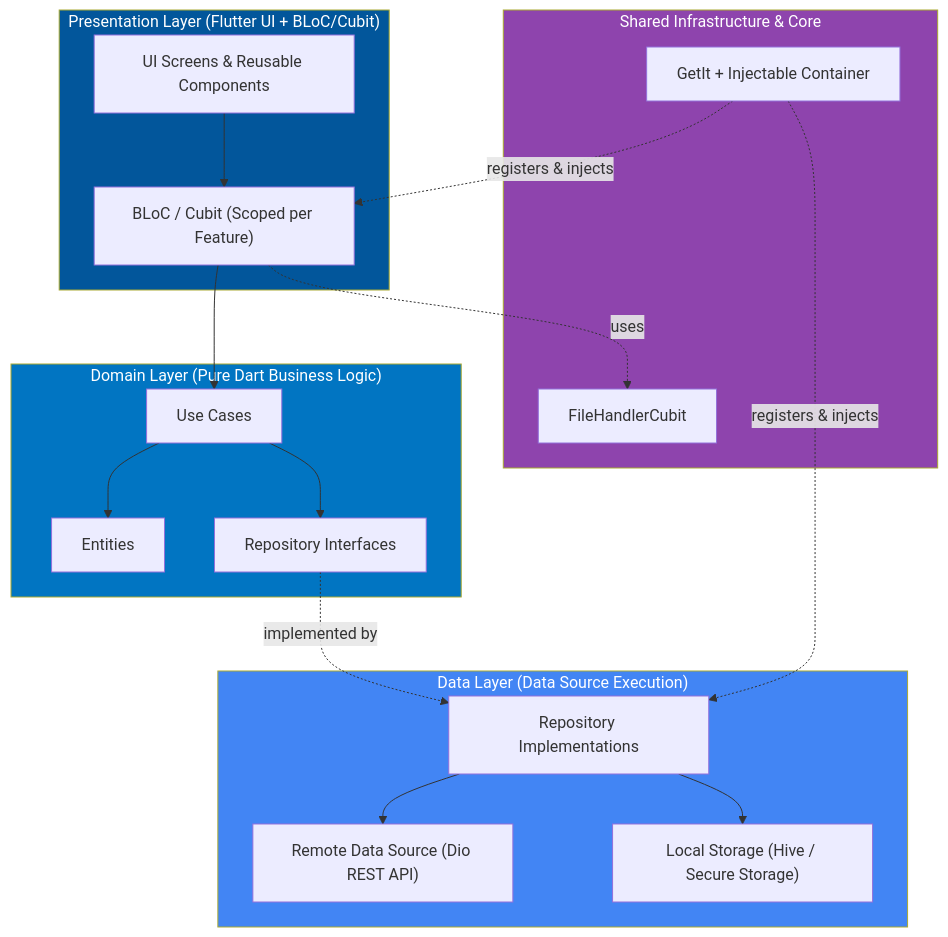
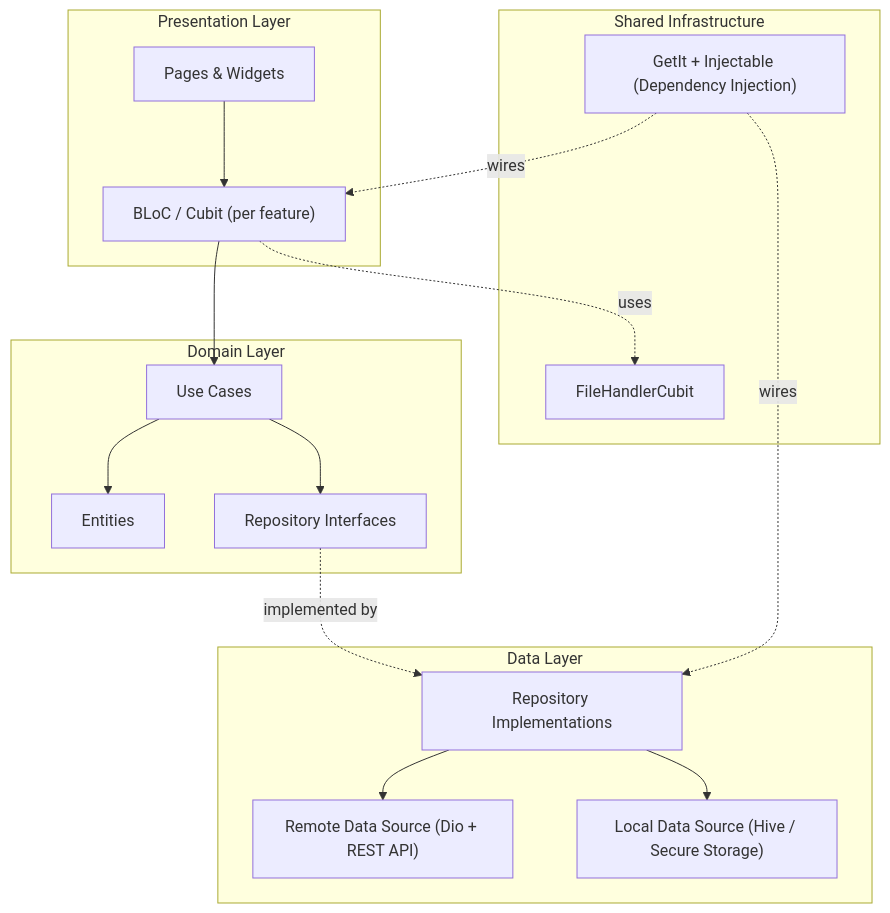
Before and after one commit to Emo2003/chefaa: the first of 2 diagrams in README.md, drawn with Mermaid. The commit also changed other lines of this file, not shown here.

````diff
--- a/README.md
+++ b/README.md
@@ -94,41 +213,35 @@
 ```mermaid
 graph TB
-    subgraph Presentation["Presentation Layer (Flutter UI + BLoC/Cubit)"]
-        UI["UI Screens & Reusable Components"]
-        Cubit["BLoC / Cubit (Scoped per Feature)"]
+    subgraph Presentation["Presentation Layer"]
+        UI[Pages & Widgets]
+        Cubit["BLoC / Cubit (per feature)"]
     end
 
-    subgraph Domain["Domain Layer (Pure Dart Business Logic)"]
-        UseCase["Use Cases"]
-        Entity["Entities"]
-        Repo_I["Repository Interfaces"]
+    subgraph Domain["Domain Layer"]
+        UseCase[Use Cases]
+        Entity[Entities]
+        Repo_I[Repository Interfaces]
     end
 
-    subgraph Data["Data Layer (Data Source Execution)"]
-        Repo_Impl["Repository Implementations"]
-        Remote["Remote Data Source (Dio REST API)"]
-        Local["Local Storage (Hive / Secure Storage)"]
+    subgraph Data["Data Layer"]
+        Repo_Impl[Repository Implementations]
+        Remote["Remote Data Source (Dio + REST API)"]
+        Local["Local Data Source (Hive / Secure Storage)"]
     end
 
-    subgraph Shared["Shared Infrastructure & Core"]
-        FileHandler["FileHandlerCubit"]
-        DI["GetIt + Injectable Container"]
+    subgraph Shared["Shared Infrastructure"]
+        FileHandler[FileHandlerCubit]
+        DI["GetIt + Injectable (Dependency Injection)"]
     end
 
     UI --> Cubit
     Cubit --> UseCase
     UseCase --> Entity
     UseCase --> Repo_I
-    Repo_I -. implemented by .-> Repo_Impl
+    Repo_I -.implemented by.-> Repo_Impl
     Repo_Impl --> Remote
     Repo_Impl --> Local
-    Cubit -. uses .-> FileHandler
-    DI -. registers & injects .-> Cubit
-    DI -. registers & injects .-> Repo_Impl
-
-    style Presentation fill:#02569B,color:#fff
-    style Domain fill:#0175C2,color:#fff
-    style Data fill:#4285F4,color:#fff
-    style Shared fill:#8E44AD,color:#fff
-
+    Cubit -.uses.-> FileHandler
+    DI -.wires.-> Cubit
+    DI -.wires.-> Repo_Impl
 ```
````
